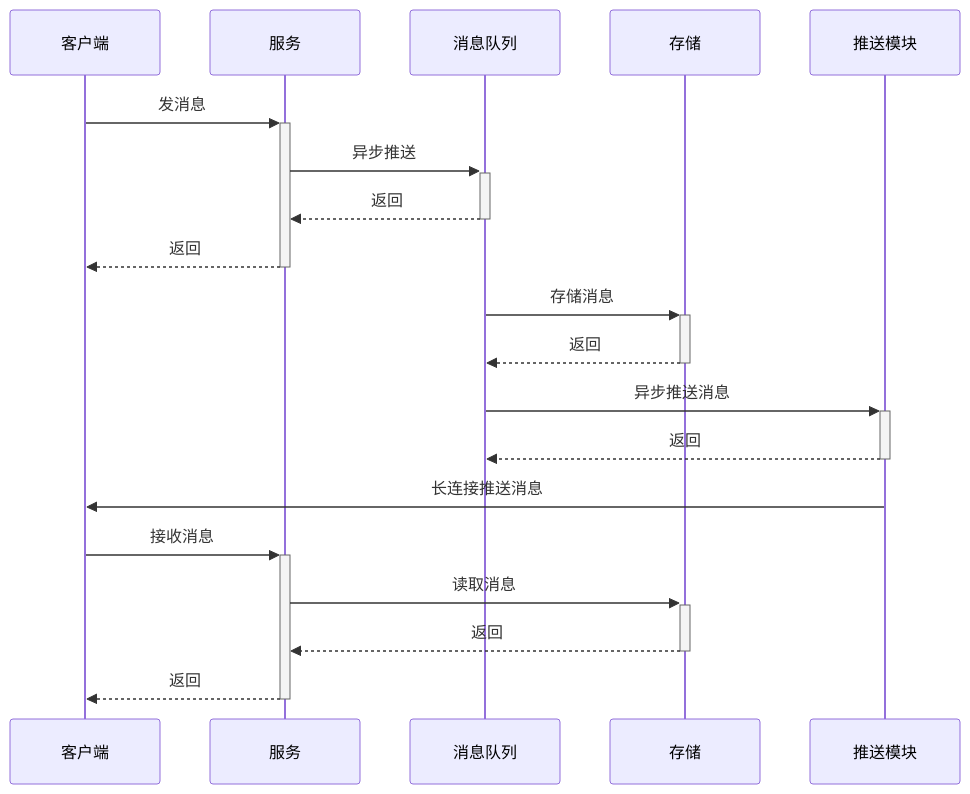
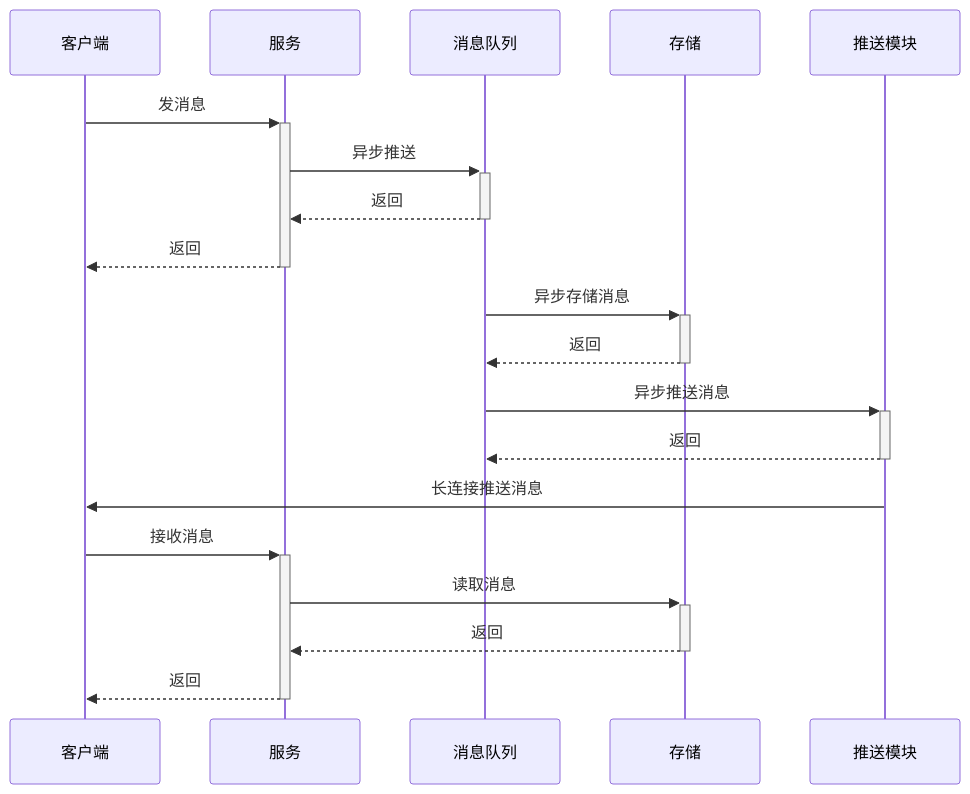
Before and after one commit to summer-like-coding/chat-system: the first of 3 diagrams in docs/3.sequence.md, drawn with Mermaid. The commit also changed other lines of this file and 12 other files, not shown here.

````diff
--- a/docs/3.sequence.md
+++ b/docs/3.sequence.md
@@ -5,19 +7,19 @@
 ```mermaid
 sequenceDiagram
   客户端 ->>+ 服务: 发消息
   服务 ->>+ 消息队列: 异步推送
   消息队列 -->>- 服务: 返回
   服务 -->>- 客户端: 返回
 
-  消息队列 ->>+ 存储: 存储消息
+  消息队列 ->>+ 存储: 异步存储消息
   存储 -->>- 消息队列: 返回
 
   消息队列 ->>+ 推送模块: 异步推送消息
   推送模块 -->>- 消息队列: 返回
 
   推送模块 ->> 客户端: 长连接推送消息
   客户端 ->>+ 服务: 接收消息
   服务 ->>+ 存储: 读取消息
   存储 -->>- 服务: 返回
   服务 -->>- 客户端: 返回
 ```
````
